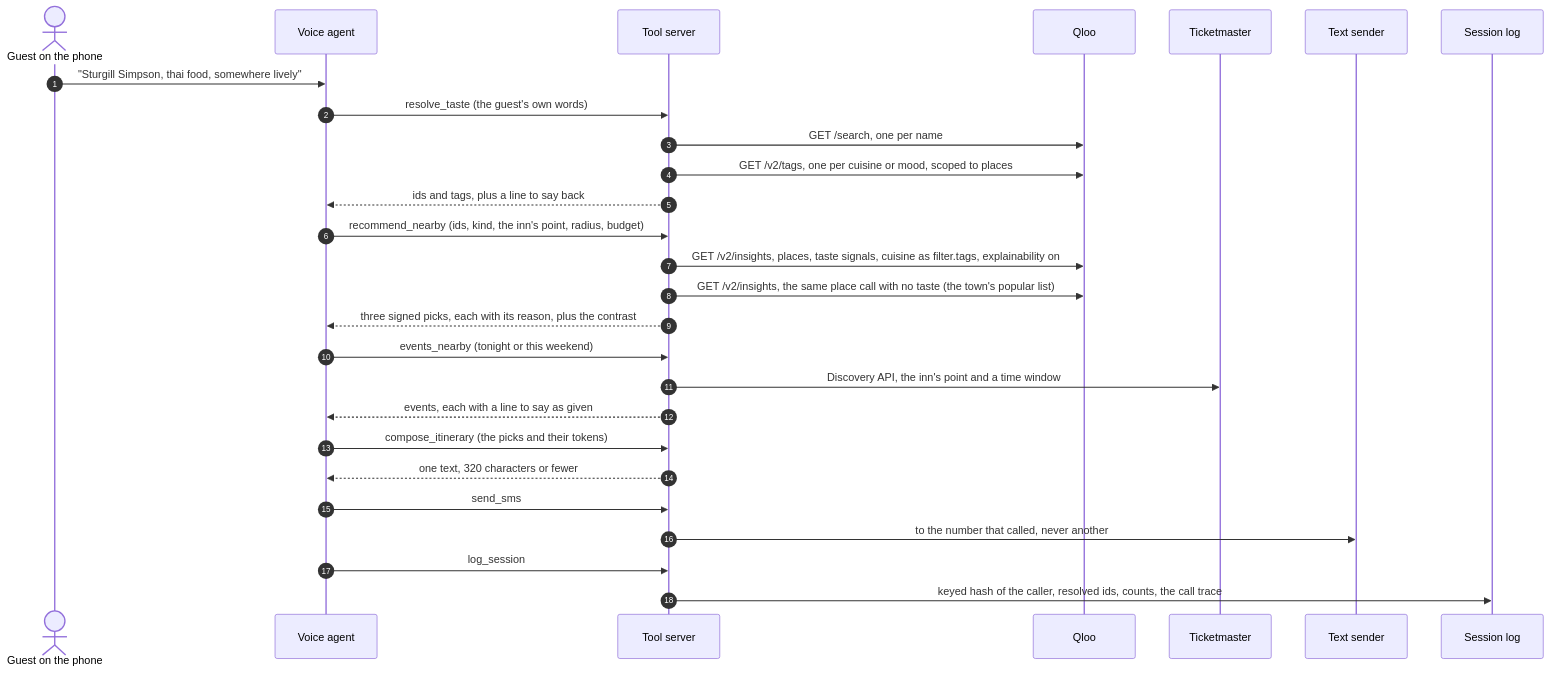
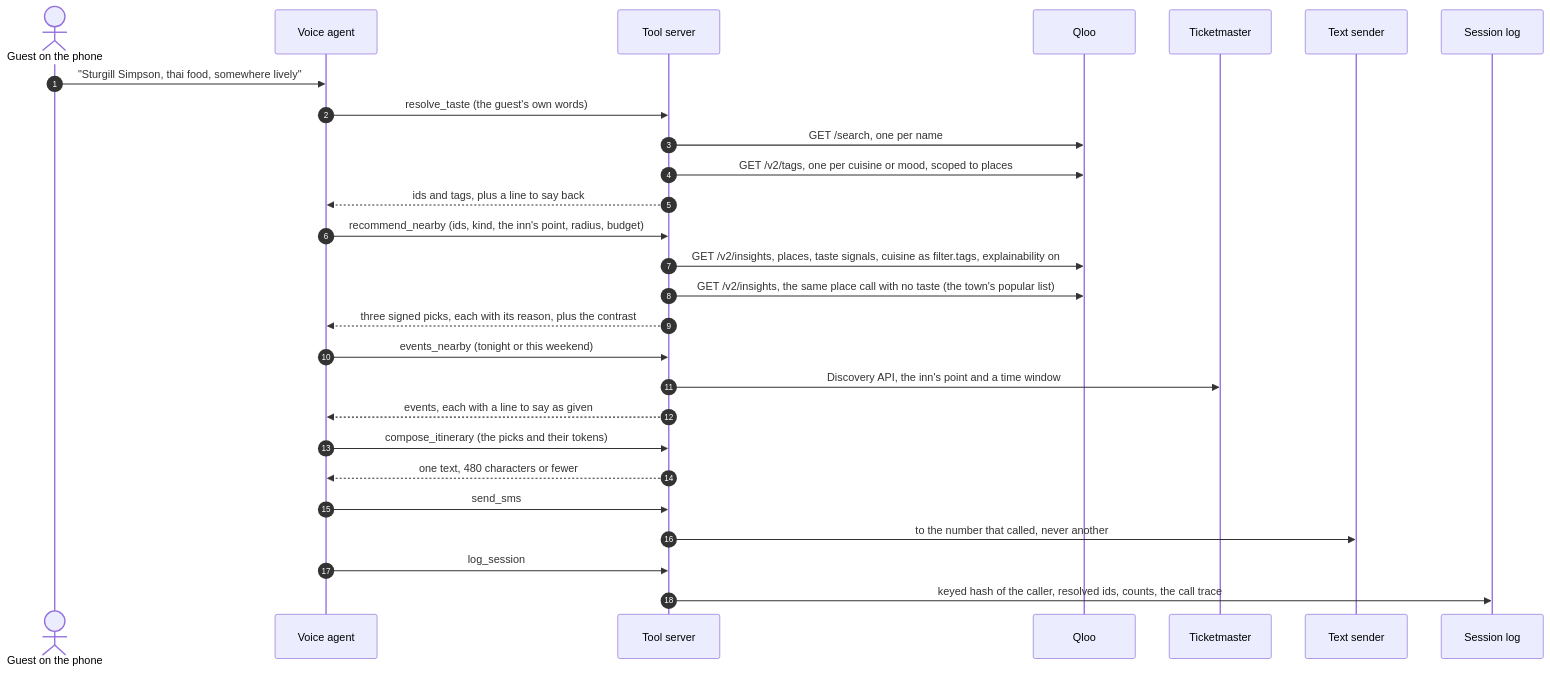
The diagram in docs/ARCHITECTURE.md (StankyDanko/bellhop-concierge), drawn with Mermaid before and after one commit. The commit also changed 32 other files, not shown here.

````diff
--- a/docs/ARCHITECTURE.md
+++ b/docs/ARCHITECTURE.md
@@ -9,30 +9,30 @@
 ```mermaid
 sequenceDiagram
     autonumber
     actor Guest as Guest on the phone
     participant Voice as Voice agent
     participant Tools as Tool server
     participant Qloo as Qloo
     participant TM as Ticketmaster
     participant Text as Text sender
     participant Log as Session log
 
     Guest->>Voice: "Sturgill Simpson, thai food, somewhere lively"
     Voice->>Tools: resolve_taste (the guest's own words)
     Tools->>Qloo: GET /search, one per name
     Tools->>Qloo: GET /v2/tags, one per cuisine or mood, scoped to places
     Tools-->>Voice: ids and tags, plus a line to say back
     Voice->>Tools: recommend_nearby (ids, kind, the inn's point, radius, budget)
     Tools->>Qloo: GET /v2/insights, places, taste signals, cuisine as filter.tags, explainability on
     Tools->>Qloo: GET /v2/insights, the same place call with no taste (the town's popular list)
     Tools-->>Voice: three signed picks, each with its reason, plus the contrast
     Voice->>Tools: events_nearby (tonight or this weekend)
     Tools->>TM: Discovery API, the inn's point and a time window
     Tools-->>Voice: events, each with a line to say as given
     Voice->>Tools: compose_itinerary (the picks and their tokens)
-    Tools-->>Voice: one text, 320 characters or fewer
+    Tools-->>Voice: one text, 480 characters or fewer
     Voice->>Tools: send_sms
     Tools->>Text: to the number that called, never another
     Voice->>Tools: log_session
     Tools->>Log: keyed hash of the caller, resolved ids, counts, the call trace
 ```
````
